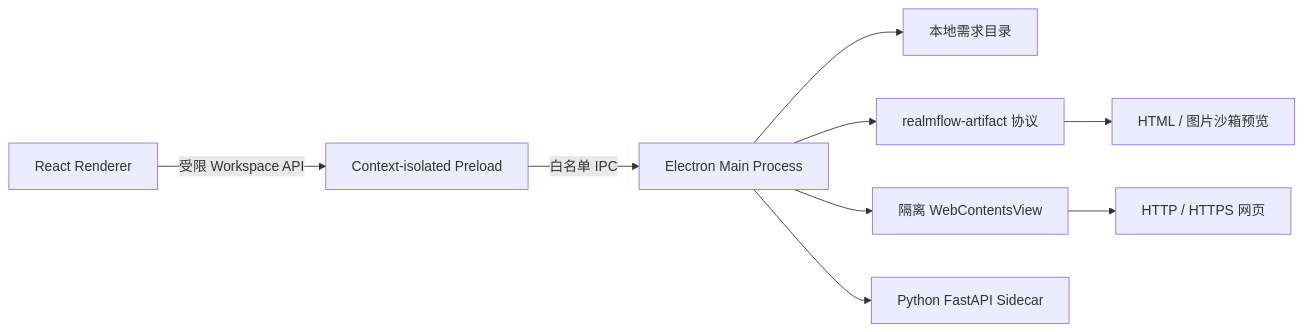
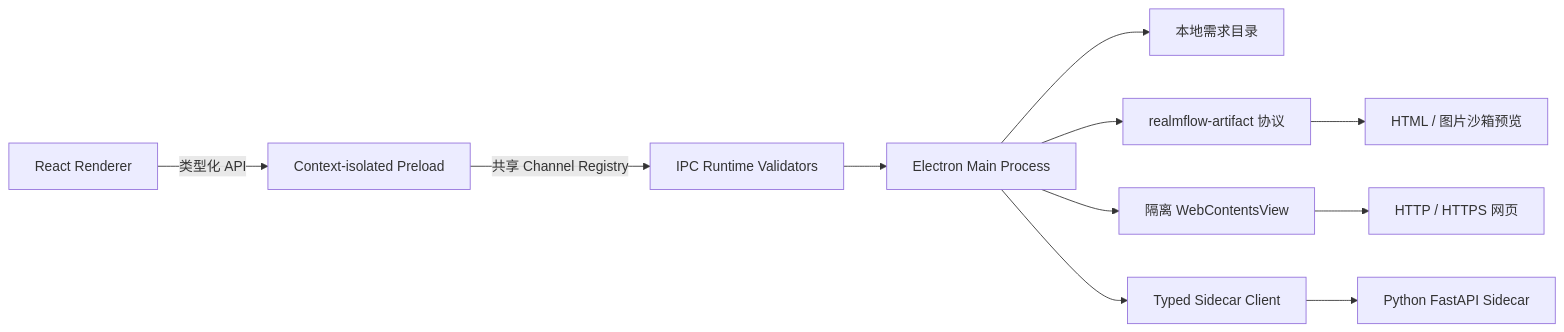
Before and after one commit to Qbian61/realmflow: the diagram in README.md, drawn with Mermaid. The commit also changed other lines of this file and 85 other files, not shown here.

First line of the commit message:
refactor(architecture): harden process boundaries and persistence

````diff
--- a/README.md
+++ b/README.md
@@ -40,11 +40,13 @@
 ```mermaid
 flowchart LR
-  UI[React Renderer] -->|受限 Workspace API| Preload[Context-isolated Preload]
-  Preload -->|白名单 IPC| Main[Electron Main Process]
+  UI[React Renderer] -->|类型化 API| Preload[Context-isolated Preload]
+  Preload -->|共享 Channel Registry| Validate[IPC Runtime Validators]
+  Validate --> Main[Electron Main Process]
   Main --> FS[本地需求目录]
   Main --> Protocol[realmflow-artifact 协议]
   Protocol --> Preview[HTML / 图片沙箱预览]
   Main --> WebView[隔离 WebContentsView]
   WebView --> Web[HTTP / HTTPS 网页]
-  Main --> Sidecar[Python FastAPI Sidecar]
+  Main --> Client[Typed Sidecar Client]
+  Client --> Sidecar[Python FastAPI Sidecar]
 ```
````
